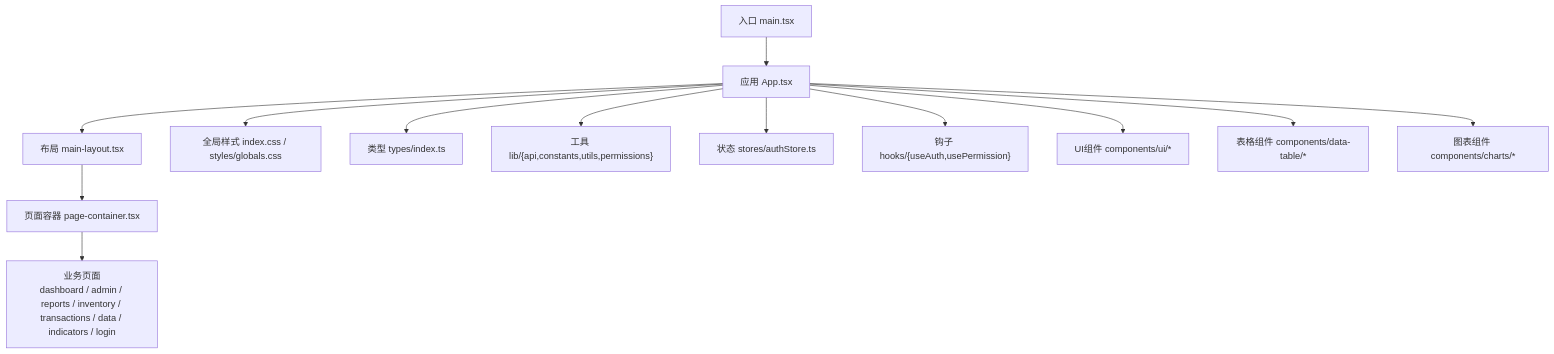
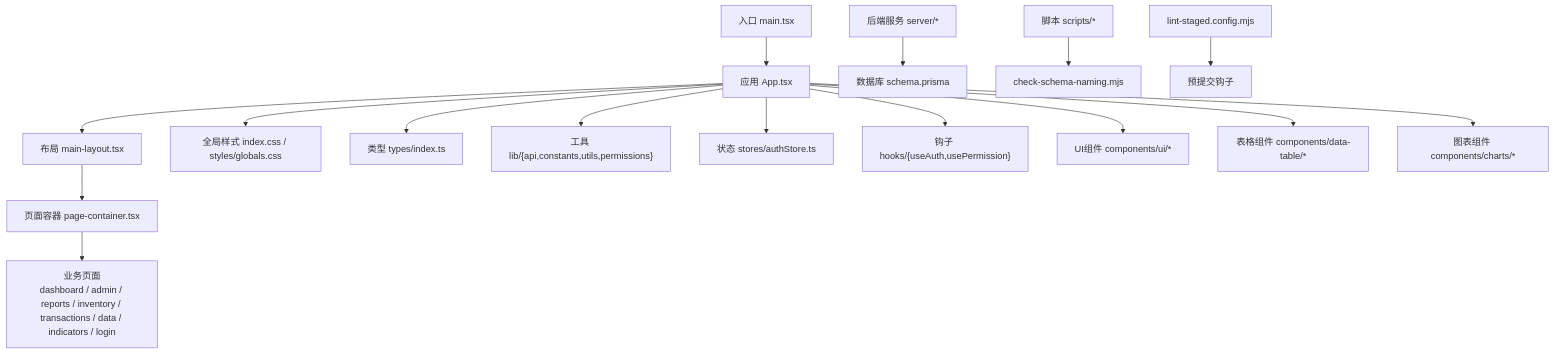
The first of 7 diagrams in .qoder/repowiki/zh/content/开发规范/开发规范.md (Damao997/newproject), drawn with Mermaid before and after one commit. The commit also changed other lines of this file and 26 other files, not shown here.

````diff
--- a/.qoder/repowiki/zh/content/开发规范/开发规范.md
+++ b/.qoder/repowiki/zh/content/开发规范/开发规范.md
@@ -71,15 +81,18 @@
 ```mermaid
 graph TB
 A["入口 main.tsx"] --> B["应用 App.tsx"]
 B --> C["布局 main-layout.tsx"]
 C --> D["页面容器 page-container.tsx"]
 D --> E["业务页面<br/>dashboard / admin / reports / inventory / transactions / data / indicators / login"]
 B --> F["全局样式 index.css / styles/globals.css"]
 B --> G["类型 types/index.ts"]
 B --> H["工具 lib/{api,constants,utils,permissions}"]
 B --> I["状态 stores/authStore.ts"]
 B --> J["钩子 hooks/{useAuth,usePermission}"]
 B --> K["UI组件 components/ui/*"]
 B --> L["表格组件 components/data-table/*"]
 B --> M["图表组件 components/charts/*"]
+N["后端服务 server/*"] --> O["数据库 schema.prisma"]
+P["脚本 scripts/*"] --> Q["check-schema-naming.mjs"]
+R["lint-staged.config.mjs"] --> S["预提交钩子"]
 ```
````
